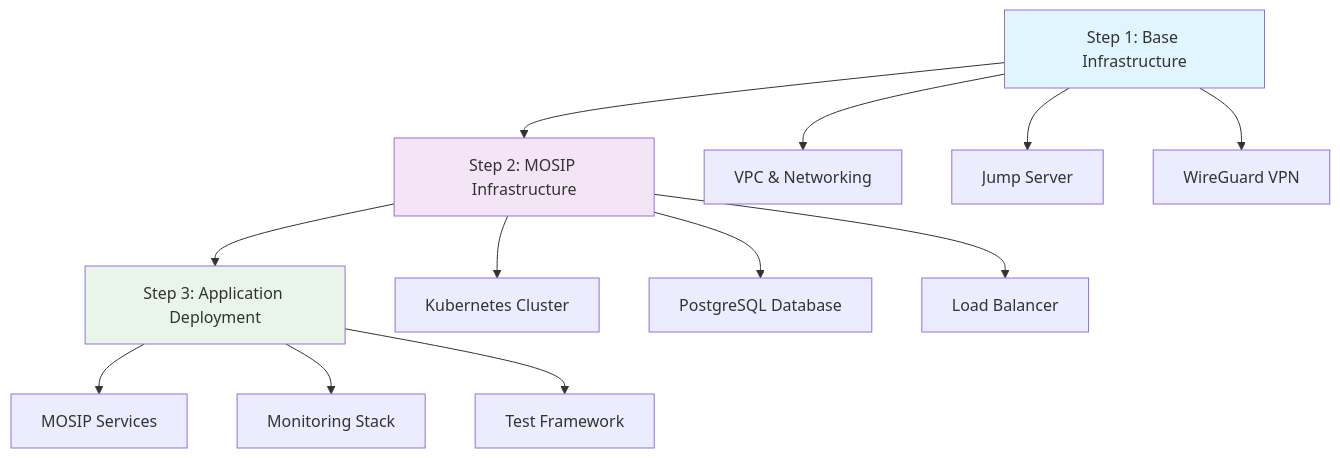
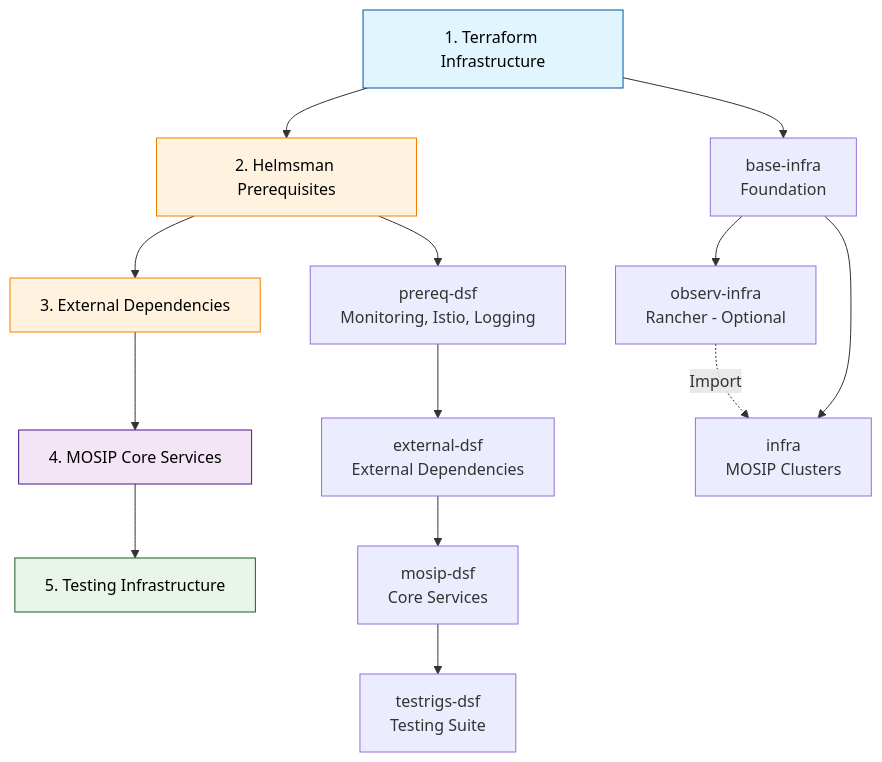
The diagram in unsegregated/_act/_mosip-infra-2.md (dmrazzy/documentation), drawn with Mermaid before and after one commit. The commit also changed other lines of this file, not shown here.

````diff
--- a/unsegregated/_act/_mosip-infra-2.md
+++ b/unsegregated/_act/_mosip-infra-2.md
@@ -52,21 +49,24 @@
 ```mermaid
 graph TD
-    A[Step 1: Base Infrastructure] --> B[Step 2: MOSIP Infrastructure]
-    B --> C[Step 3: Application Deployment]
+    A[1. Terraform Infrastructure] --> B[2. Helmsman Prerequisites]
+    B --> C[3. External Dependencies]
+    C --> D[4. MOSIP Core Services]
+    D --> E[5. Testing Infrastructure]
     
-    A --> A1[VPC & Networking]
-    A --> A2[Jump Server]
-    A --> A3[WireGuard VPN]
+    A1[base-infra<br/>Foundation] --> A2[observ-infra<br/>Rancher - Optional]
+    A1 --> A3[infra<br/>MOSIP Clusters]
+    A2 -.->|Import| A3
     
-    B --> B1[Kubernetes Cluster]
-    B --> B2[PostgreSQL Database]
-    B --> B3[Load Balancer]
+    B1[prereq-dsf<br/>Monitoring, Istio, Logging] --> C1[external-dsf<br/>External Dependencies]
+    C1 --> D1[mosip-dsf<br/>Core Services]
+    D1 --> E1[testrigs-dsf<br/>Testing Suite]
     
-    C --> C1[MOSIP Services]
-    C --> C2[Monitoring Stack]
-    C --> C3[Test Framework]
+    A --> A1
+    B --> B1
     
-    style A fill:#e1f5fe
-    style B fill:#f3e5f5
-    style C fill:#e8f5e8
+    style A fill:#e1f5fe,stroke:#01579b,color:#000000
+    style B fill:#fff3e0,stroke:#f57c00,color:#000000
+    style C fill:#fff3e0,stroke:#f57c00,color:#000000
+    style D fill:#f3e5f5,stroke:#4a148c,color:#000000
+    style E fill:#e8f5e8,stroke:#1b5e20,color:#000000
 ```
````
